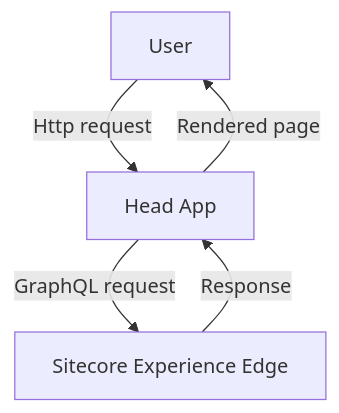
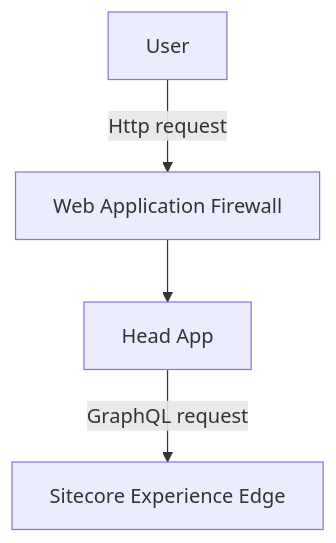
One commit to bholly24/sitecore-blog changed the second of 2 diagrams in src/content/blog/2026-05-02-context-id-security.md. Above: the diagram before and after it, drawn with Mermaid. The commit also changed other lines of this file, not shown here.

````diff
--- a/src/content/blog/2026-05-02-context-id-security.md
+++ b/src/content/blog/2026-05-02-context-id-security.md
@@ -76,7 +84,6 @@
 ```mermaid alt="A flowchart showing a simplified flow in which an HTTP request is translated into GraphQL, which is returned from Sitecore and parsed for the user."
 graph TD;
-    U[User] -->|Http request| N[Head App]
+    U[User] -->|Http request| W[Web Application Firewall]
+    W[Web Application Firewall] -->  N[Head App]
     N -->|GraphQL request| E[Sitecore Experience Edge]
-    E -->|Response| N
-    N -->|Rendered page| U
 ```
````
